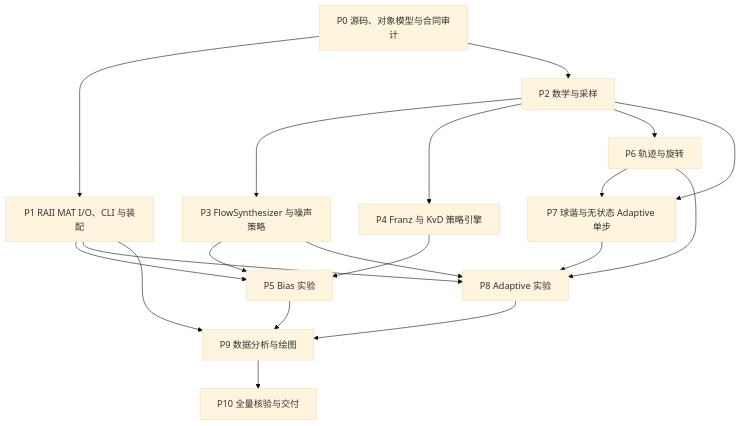
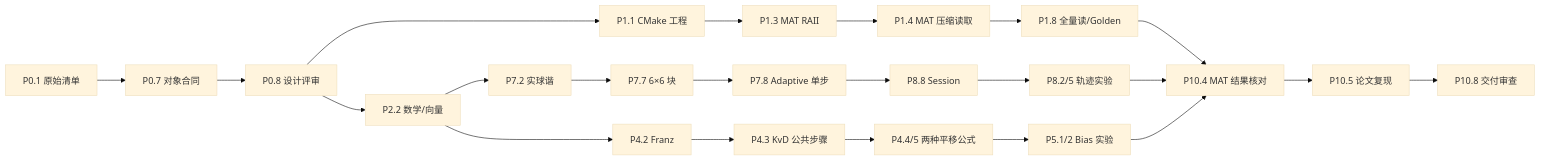
Before and after one commit to ncut-d1z/Egomotion-Estimation-with-Dense-Flow-Fields: the diagram in PLAN.md, drawn with Mermaid (base theme). The commit also changed other lines of this file, not shown here.

```diff
--- a/PLAN.md
+++ b/PLAN.md
@@ -317,21 +319,24 @@
 ~~~mermaid
-flowchart TD
-  P0[P0 源码、对象模型与合同审计] --> P1[P1 RAII MAT I/O、CLI 与装配]
-  P0 --> P2[P2 数学与采样]
-  P1 --> P5[P5 Bias 实验]
-  P2 --> P3[P3 FlowSynthesizer 与噪声策略]
-  P2 --> P4[P4 Franz 与 KvD 策略引擎]
-  P3 --> P5
-  P4 --> P5
-  P2 --> P6[P6 轨迹与旋转]
-  P2 --> P7[P7 球谐与无状态 Adaptive 单步]
-  P6 --> P7
-  P3 --> P8[P8 Adaptive 实验]
-  P6 --> P8
-  P7 --> P8
-  P1 --> P8
-  P5 --> P9[P9 数据分析与绘图]
-  P8 --> P9
-  P1 --> P9
-  P9 --> P10[P10 全量核验与交付]
+flowchart LR
+  A["P0.1 原始清单"] --> B["P0.7 对象合同"]
+  B --> C["P0.8 设计评审"]
+  C --> D["P1.1 CMake 工程"]
+  D --> E["P1.3 MAT RAII"]
+  E --> F["P1.4 MAT 压缩读取"]
+  F --> G["P1.8 全量读/Golden"]
+  C --> H["P2.2 数学/向量"]
+  H --> I["P4.2 Franz"]
+  I --> J["P4.3 KvD 公共步骤"]
+  J --> K["P4.4/5 两种平移公式"]
+  H --> L["P7.2 实球谐"]
+  L --> M["P7.7 6×6 块"]
+  M --> N["P7.8 Adaptive 单步"]
+  N --> O["P8.8 Session"]
+  O --> P["P8.2/5 轨迹实验"]
+  G --> Q["P10.4 MAT 结果核对"]
+  P --> Q
+  K --> R["P5.1/2 Bias 实验"]
+  R --> Q
+  Q --> S["P10.5 论文复现"]
+  S --> T["P10.8 交付审查"]
 ~~~
```
